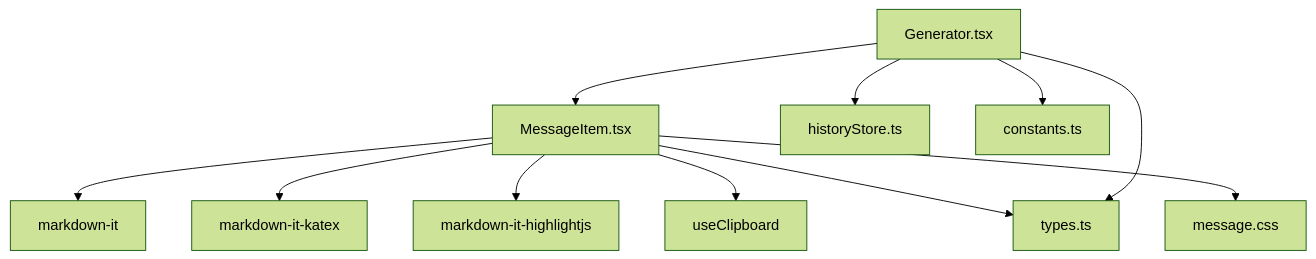
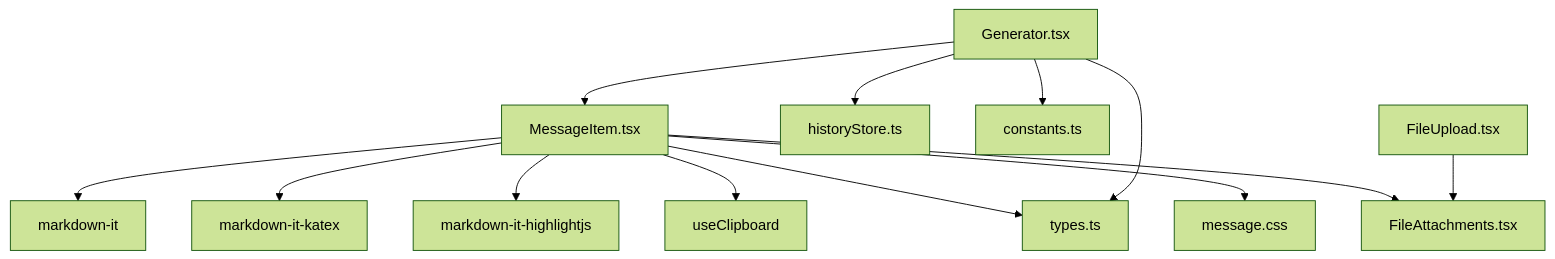
The tenth of 10 diagrams in .qoder/repowiki/zh/content/组件架构/MessageItem组件.md (zfyime/chat-mini), drawn with Mermaid (forest theme) before and after one commit. The commit also changed other lines of this file and 8 other files, not shown here.

````diff
--- a/.qoder/repowiki/zh/content/组件架构/MessageItem组件.md
+++ b/.qoder/repowiki/zh/content/组件架构/MessageItem组件.md
@@ -256,13 +342,15 @@
 ```mermaid
 graph TD
 MessageItem[MessageItem.tsx] --> MarkdownIt[markdown-it]
 MessageItem --> mdKatex[markdown-it-katex]
 MessageItem --> mdHighlight[markdown-it-highlightjs]
 MessageItem --> solidjs-use[useClipboard]
 MessageItem --> types[types.ts]
 MessageItem --> messageCSS[message.css]
+MessageItem --> FileAttachments[FileAttachments.tsx]
 Generator[Generator.tsx] --> MessageItem
 Generator --> types
 Generator --> historyStore[historyStore.ts]
 Generator --> constants[constants.ts]
+FileUpload[FileUpload.tsx] --> FileAttachments
 ```
````
